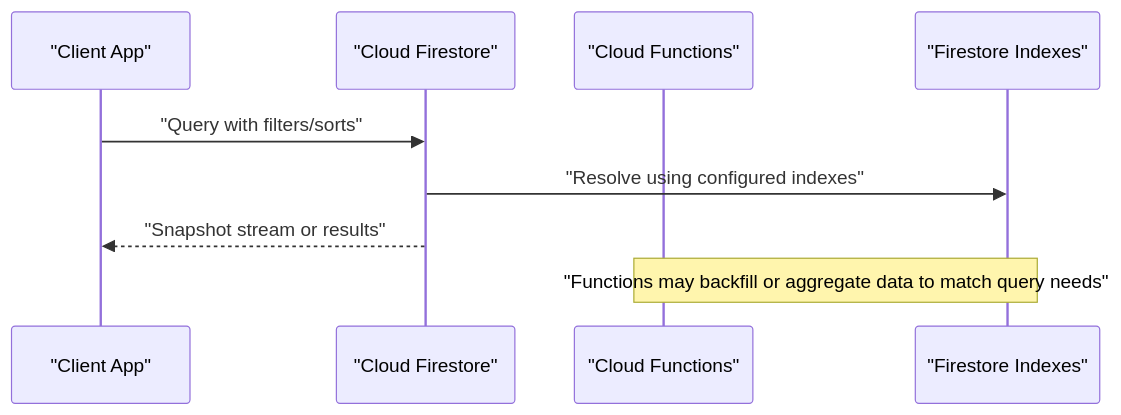
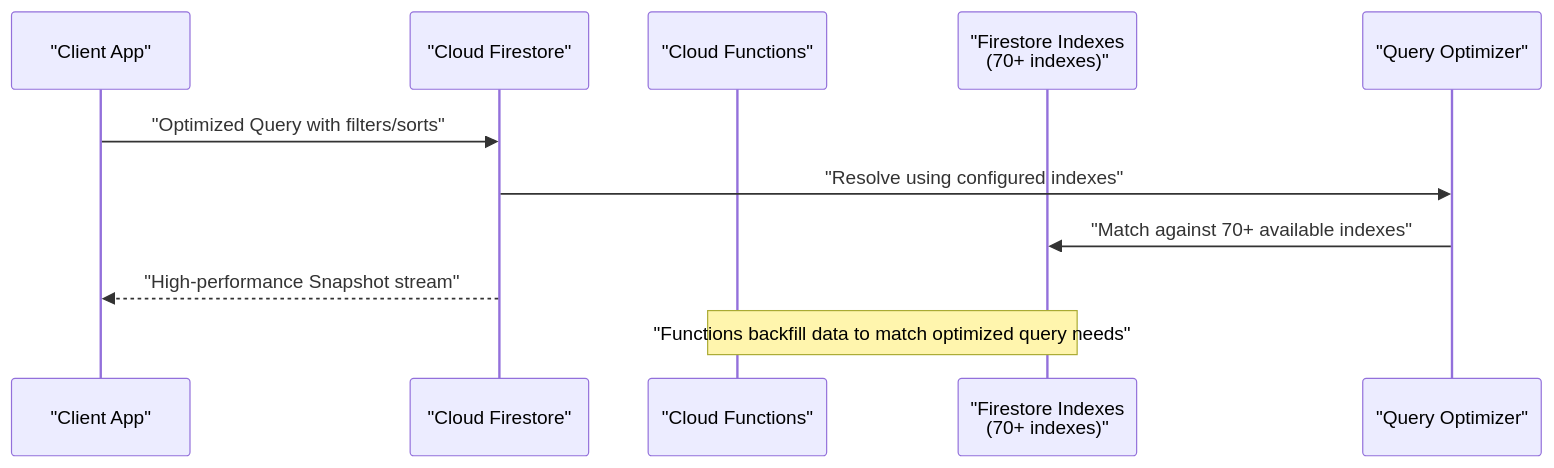
One commit to raihom-netizen/com.gestaoyahwehios.app changed the second of 3 diagrams in .qoder/repowiki/en/content/Database Design & Schema/Indexing & Query Optimization.md. Above: the diagram before and after it, drawn with Mermaid. The commit also changed other lines of this file and 161 other files, not shown here.

````diff
--- a/.qoder/repowiki/en/content/Database Design & Schema/Indexing & Query Optimization.md
+++ b/.qoder/repowiki/en/content/Database Design & Schema/Indexing & Query Optimization.md
@@ -76,11 +86,13 @@
 ```mermaid
 sequenceDiagram
 participant Client as "Client App"
 participant Firestore as "Cloud Firestore"
 participant Functions as "Cloud Functions"
-participant Indexes as "Firestore Indexes"
-Client->>Firestore : "Query with filters/sorts"
-Firestore->>Indexes : "Resolve using configured indexes"
-Firestore-->>Client : "Snapshot stream or results"
-Note over Functions,Indexes : "Functions may backfill or aggregate data to match query needs"
+participant Indexes as "Firestore Indexes<br/>(70+ indexes)"
+participant Optimizer as "Query Optimizer"
+Client->>Firestore : "Optimized Query with filters/sorts"
+Firestore->>Optimizer : "Resolve using configured indexes"
+Optimizer->>Indexes : "Match against 70+ available indexes"
+Firestore-->>Client : "High-performance Snapshot stream"
+Note over Functions,Indexes : "Functions backfill data to match optimized query needs"
 ```
````
